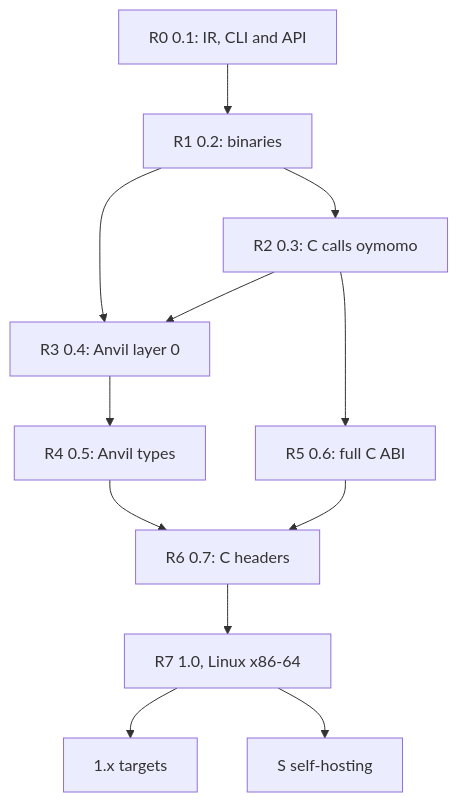
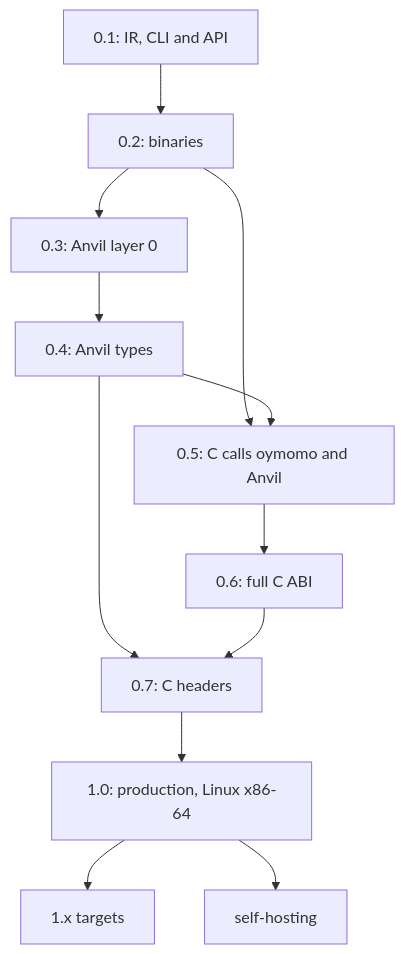
The second of 2 diagrams in oymo/docs/roadmap.md (tapl-org/tapl), drawn with Mermaid before and after one commit. The commit also changed other lines of this file, not shown here.

Commit message:
docs: update roadmap release milestones and numbering scheme

````diff
--- a/oymo/docs/roadmap.md
+++ b/oymo/docs/roadmap.md
@@ -318,14 +322,14 @@
 ```mermaid
 flowchart TD
-  R0["R0 0.1: IR, CLI and API"] --> R1["R1 0.2: binaries"]
-  R1 --> R2["R2 0.3: C calls oymomo"]
-  R1 --> R3["R3 0.4: Anvil layer 0"]
-  R2 --> R3
-  R3 --> R4["R4 0.5: Anvil types"]
-  R2 --> R5["R5 0.6: full C ABI"]
-  R4 --> R6["R6 0.7: C headers"]
-  R5 --> R6
-  R6 --> R7["R7 1.0, Linux x86-64"]
-  R7 --> X["1.x targets"]
-  R7 --> S["S self-hosting"]
+  v01["0.1: IR, CLI and API"] --> v02["0.2: binaries"]
+  v02 --> v03["0.3: Anvil layer 0"]
+  v03 --> v04["0.4: Anvil types"]
+  v02 --> v05["0.5: C calls oymomo and Anvil"]
+  v04 --> v05
+  v05 --> v06["0.6: full C ABI"]
+  v04 --> v07["0.7: C headers"]
+  v06 --> v07
+  v07 --> v10["1.0: production, Linux x86-64"]
+  v10 --> X["1.x targets"]
+  v10 --> S["self-hosting"]
 ```
````
